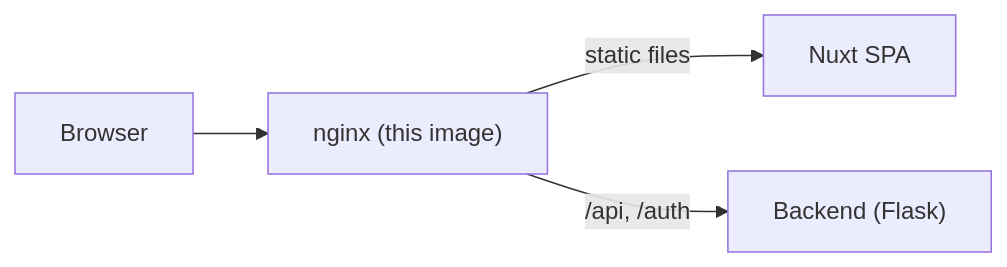
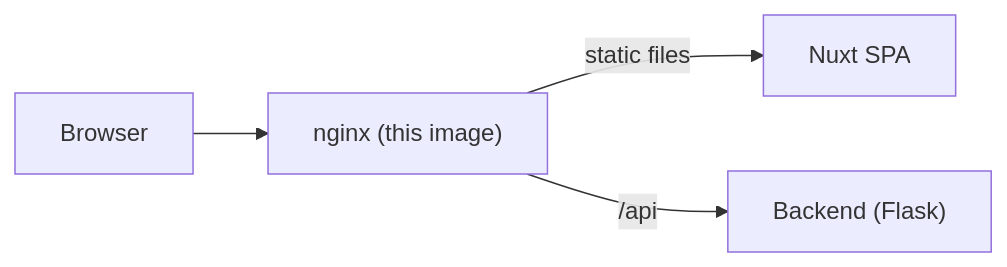
Before and after one commit to Alan-Alkalifa/FE-BCMTOOLS: the first of 2 diagrams in README.md, drawn with Mermaid. The commit also changed other lines of this file and 102 other files, not shown here.

````diff
--- a/README.md
+++ b/README.md
@@ -43,6 +43,6 @@
 ```mermaid
 flowchart LR
     Browser --> N["nginx (this image)"]
     N -->|"static files"| SPA["Nuxt SPA"]
-    N -->|"/api, /auth"| API["Backend (Flask)"]
+    N -->|"/api"| API["Backend (Flask)"]
 ```
````
